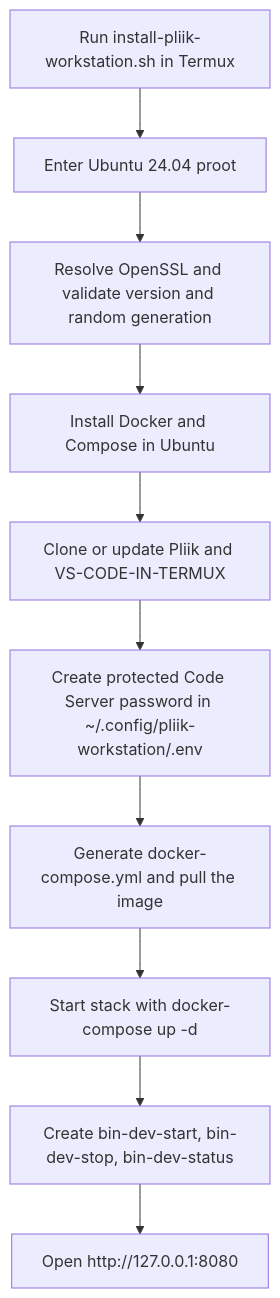
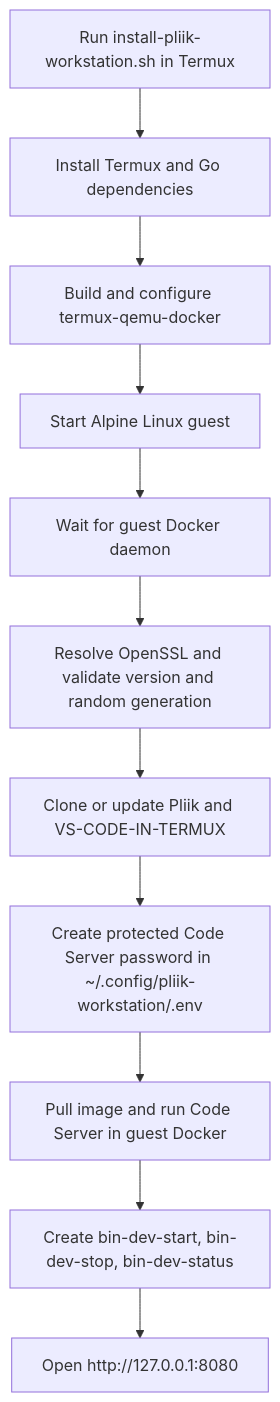
One commit to mutualendemic/pliik changed the second of 2 diagrams in ARCHITECTURE.md. Above: the diagram before and after it, drawn with Mermaid. The commit also changed other lines of this file and 2 other files, not shown here.

Commit message:
Run Docker guest through Termux QEMU

````diff
--- a/ARCHITECTURE.md
+++ b/ARCHITECTURE.md
@@ -45,15 +44,16 @@
 ```mermaid
 flowchart TD
     Start[Run install-pliik-workstation.sh in Termux]
-    Bootstrap[Enter Ubuntu 24.04 proot]
+    Dependencies[Install Termux and Go dependencies]
+    Build[Build and configure termux-qemu-docker]
+    Guest[Start Alpine Linux guest]
+    Docker[Wait for guest Docker daemon]
     OpenSSL[Resolve OpenSSL and validate version and random generation]
-    Packages[Install Docker and Compose in Ubuntu]
     Checkout[Clone or update Pliik and VS-CODE-IN-TERMUX]
     Secret[Create protected Code Server password in ~/.config/pliik-workstation/.env]
-    Compose[Generate docker-compose.yml and pull the image]
-    Deploy[Start stack with docker-compose up -d]
+    Deploy[Pull image and run Code Server in guest Docker]
     Commands[Create bin-dev-start, bin-dev-stop, bin-dev-status]
     Ready[Open http://127.0.0.1:8080]
 
-    Start --> Bootstrap --> OpenSSL --> Packages --> Checkout --> Secret --> Compose --> Deploy --> Commands --> Ready
+    Start --> Dependencies --> Build --> Guest --> Docker --> OpenSSL --> Checkout --> Secret --> Deploy --> Commands --> Ready
 ```
````
